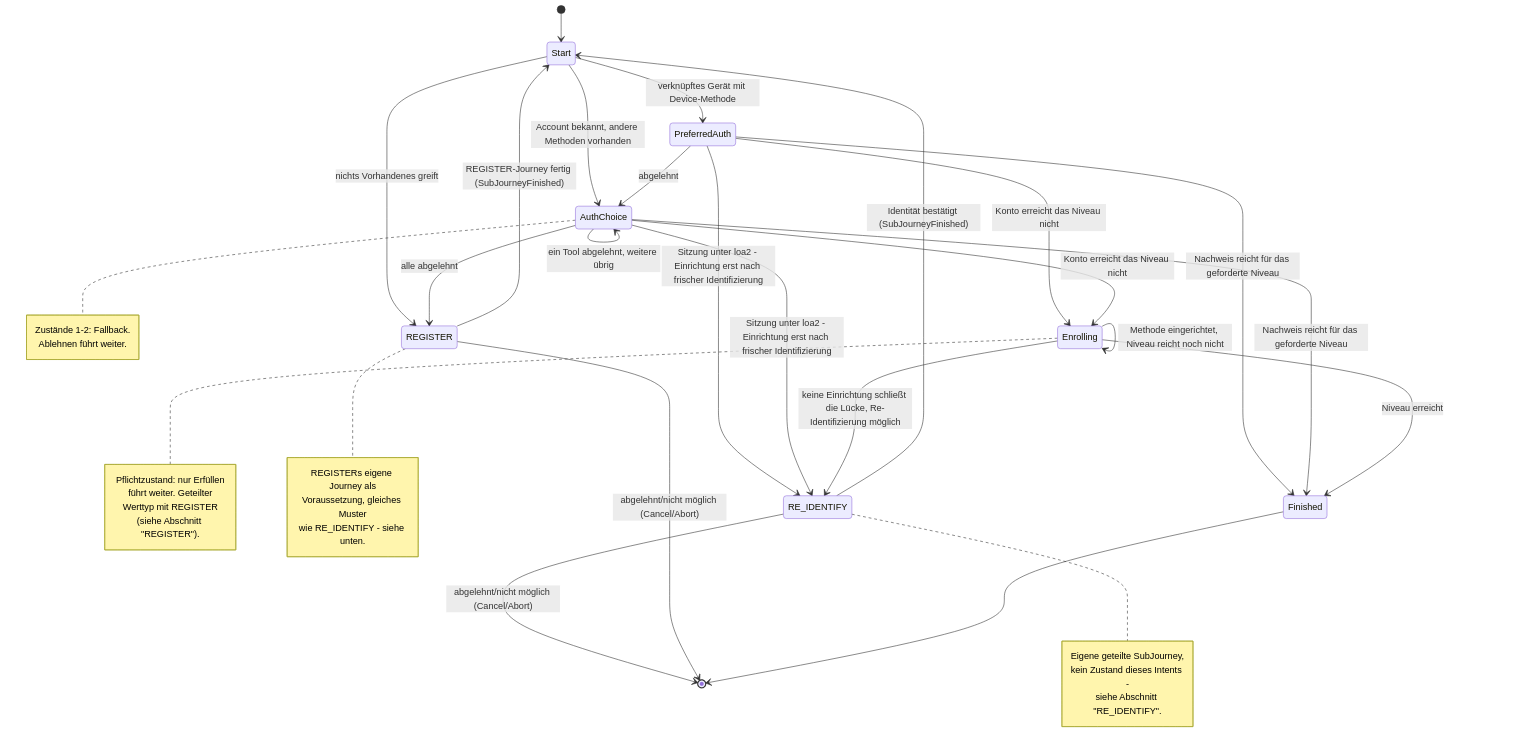
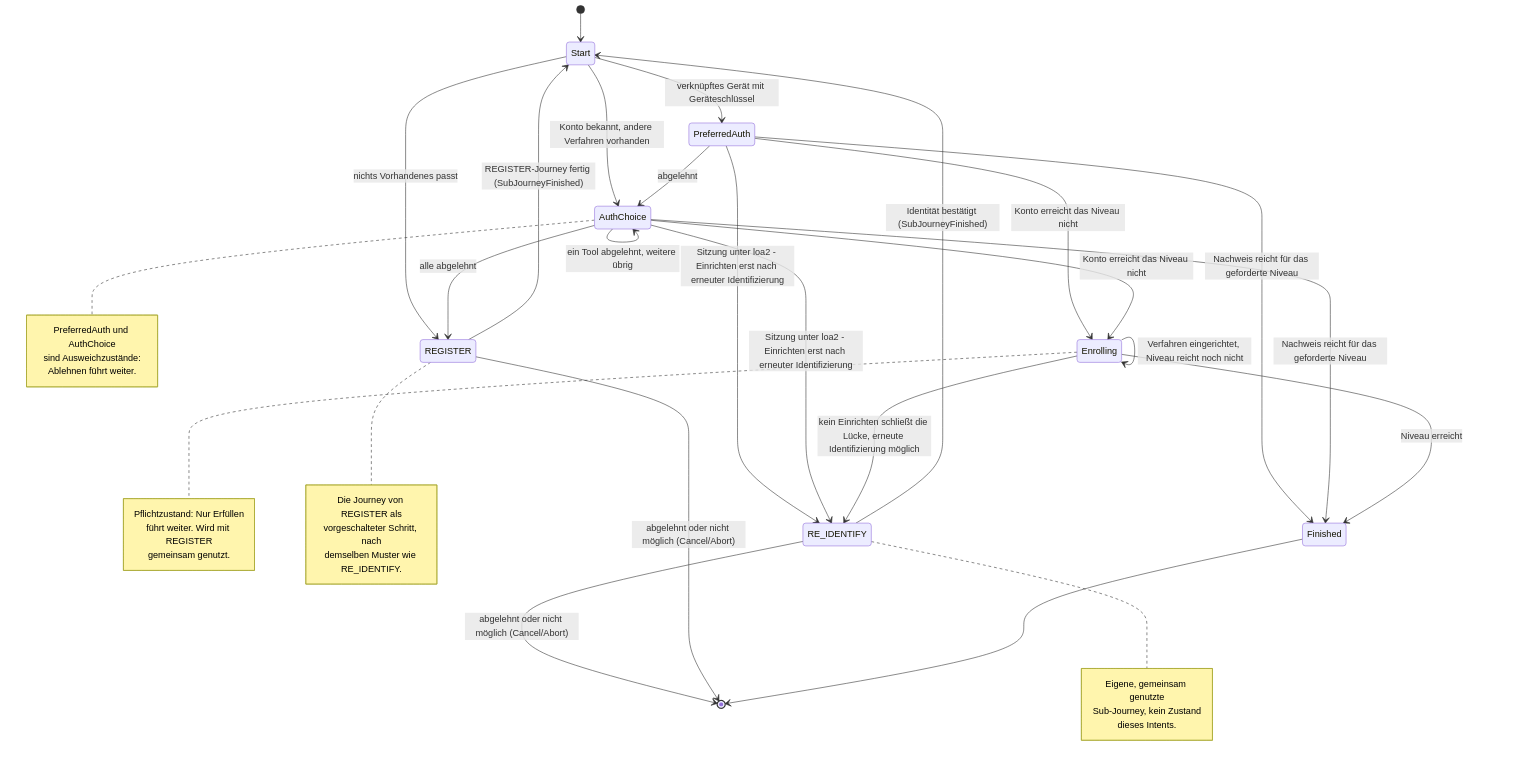
One commit to rpreissel/DPoP-demo changed the diagram in docs/journeys/fast-access.md. Above: the diagram before and after it, drawn with Mermaid. The commit also changed other lines of this file and 67 other files, not shown here.

````diff
--- a/docs/journeys/fast-access.md
+++ b/docs/journeys/fast-access.md
@@ -9,51 +9,51 @@
 ```mermaid
 stateDiagram-v2
   [*] --> Start
-  Start --> PreferredAuth: verknüpftes Gerät mit Device-Methode
-  Start --> AuthChoice: Account bekannt, andere Methoden vorhanden
-  Start --> REGISTER: nichts Vorhandenes greift
+  Start --> PreferredAuth: verknüpftes Gerät mit Geräteschlüssel
+  Start --> AuthChoice: Konto bekannt, andere Verfahren vorhanden
+  Start --> REGISTER: nichts Vorhandenes passt
 
   PreferredAuth --> AuthChoice: abgelehnt
   AuthChoice --> AuthChoice: ein Tool abgelehnt, weitere übrig
   AuthChoice --> REGISTER: alle abgelehnt
 
   PreferredAuth --> Finished: Nachweis reicht für das geforderte Niveau
   AuthChoice --> Finished: Nachweis reicht für das geforderte Niveau
   PreferredAuth --> Enrolling: Konto erreicht das Niveau nicht
   AuthChoice --> Enrolling: Konto erreicht das Niveau nicht
-  PreferredAuth --> RE_IDENTIFY: Sitzung unter loa2 - Einrichtung erst nach frischer Identifizierung
-  AuthChoice --> RE_IDENTIFY: Sitzung unter loa2 - Einrichtung erst nach frischer Identifizierung
+  PreferredAuth --> RE_IDENTIFY: Sitzung unter loa2 - Einrichten erst nach erneuter Identifizierung
+  AuthChoice --> RE_IDENTIFY: Sitzung unter loa2 - Einrichten erst nach erneuter Identifizierung
 
-  Enrolling --> Enrolling: Methode eingerichtet, Niveau reicht noch nicht
+  Enrolling --> Enrolling: Verfahren eingerichtet, Niveau reicht noch nicht
   Enrolling --> Finished: Niveau erreicht
 
-  Enrolling --> RE_IDENTIFY: keine Einrichtung schließt die Lücke, Re-Identifizierung möglich
+  Enrolling --> RE_IDENTIFY: kein Einrichten schließt die Lücke, erneute Identifizierung möglich
   RE_IDENTIFY --> Start: Identität bestätigt (SubJourneyFinished)
-  RE_IDENTIFY --> [*]: abgelehnt/nicht möglich (Cancel/Abort)
+  RE_IDENTIFY --> [*]: abgelehnt oder nicht möglich (Cancel/Abort)
 
   REGISTER --> Start: REGISTER-Journey fertig (SubJourneyFinished)
-  REGISTER --> [*]: abgelehnt/nicht möglich (Cancel/Abort)
+  REGISTER --> [*]: abgelehnt oder nicht möglich (Cancel/Abort)
 
   Finished --> [*]
 
   note right of AuthChoice
-    Zustände 1-2: Fallback.
+    PreferredAuth und AuthChoice
+    sind Ausweichzustände:
     Ablehnen führt weiter.
   end note
   note right of Enrolling
-    Pflichtzustand: nur Erfüllen
-    führt weiter. Geteilter
-    Werttyp mit REGISTER
-    (siehe Abschnitt "REGISTER").
+    Pflichtzustand: Nur Erfüllen
+    führt weiter. Wird mit REGISTER
+    gemeinsam genutzt.
   end note
   note right of RE_IDENTIFY
-    Eigene geteilte SubJourney,
-    kein Zustand dieses Intents -
-    siehe Abschnitt "RE_IDENTIFY".
+    Eigene, gemeinsam genutzte
+    Sub-Journey, kein Zustand
+    dieses Intents.
   end note
   note right of REGISTER
-    REGISTERs eigene Journey als
-    Voraussetzung, gleiches Muster
-    wie RE_IDENTIFY - siehe unten.
+    Die Journey von REGISTER als
+    vorgeschalteter Schritt, nach
+    demselben Muster wie RE_IDENTIFY.
   end note
 ```
````
